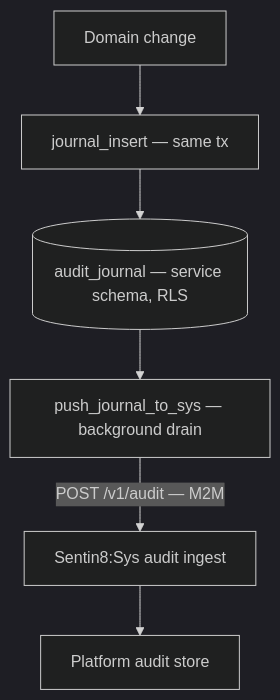
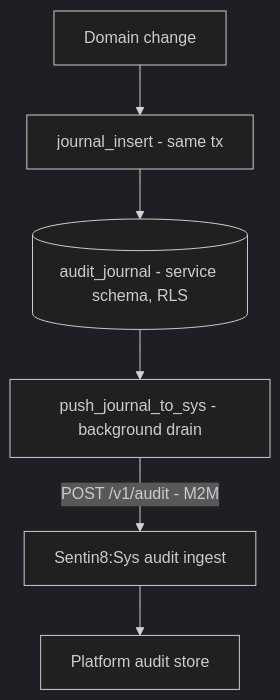
One commit to Sentin8/sentin8-sdk changed the diagram in shell/audit/README.md. Above: the diagram before and after it, drawn with Mermaid (dark theme). The commit also changed other lines of this file and 107 other files, not shown here.

````diff
--- a/shell/audit/README.md
+++ b/shell/audit/README.md
@@ -26,8 +26,8 @@
 ```mermaid
 graph TD
-    A[Domain change] --> B["journal_insert — same tx"]
-    B --> C[("audit_journal — service schema, RLS")]
-    C --> D["push_journal_to_sys — background drain"]
-    D -->|POST /v1/audit — M2M| E[Sentin8:Sys audit ingest]
+    A[Domain change] --> B["journal_insert - same tx"]
+    B --> C[("audit_journal - service schema, RLS")]
+    C --> D["push_journal_to_sys - background drain"]
+    D -->|POST /v1/audit - M2M| E[Sentin8:Sys audit ingest]
     E --> F[Platform audit store]
 ```
````
